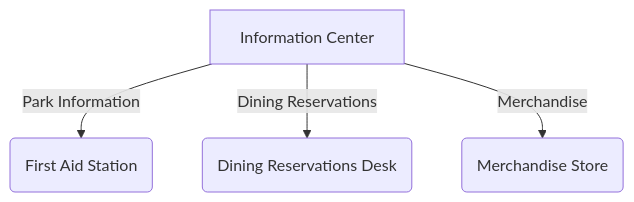
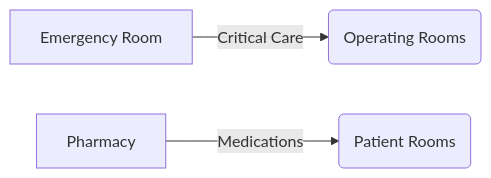
One commit to MKRadius/JavaOOP changed the second of 2 diagrams in Week_4/OrientationTask/WritingTask.md. Above: the diagram before and after it, drawn with Mermaid. The commit also changed other lines of this file, not shown here.

````diff
--- a/Week_4/OrientationTask/WritingTask.md
+++ b/Week_4/OrientationTask/WritingTask.md
@@ -62,6 +62,5 @@
 ```mermaid
-flowchart TD
-    A[Information Center] -->|Park Information| B(First Aid Station)
-    A -->|Dining Reservations| C(Dining Reservations Desk)
-    A -->|Merchandise| D(Merchandise Store)
+flowchart LR
+    A[Emergency Room] -->|Critical Care| B(Operating Rooms)
+    C[Pharmacy] -->|Medications| D(Patient Rooms)
 ```
````
